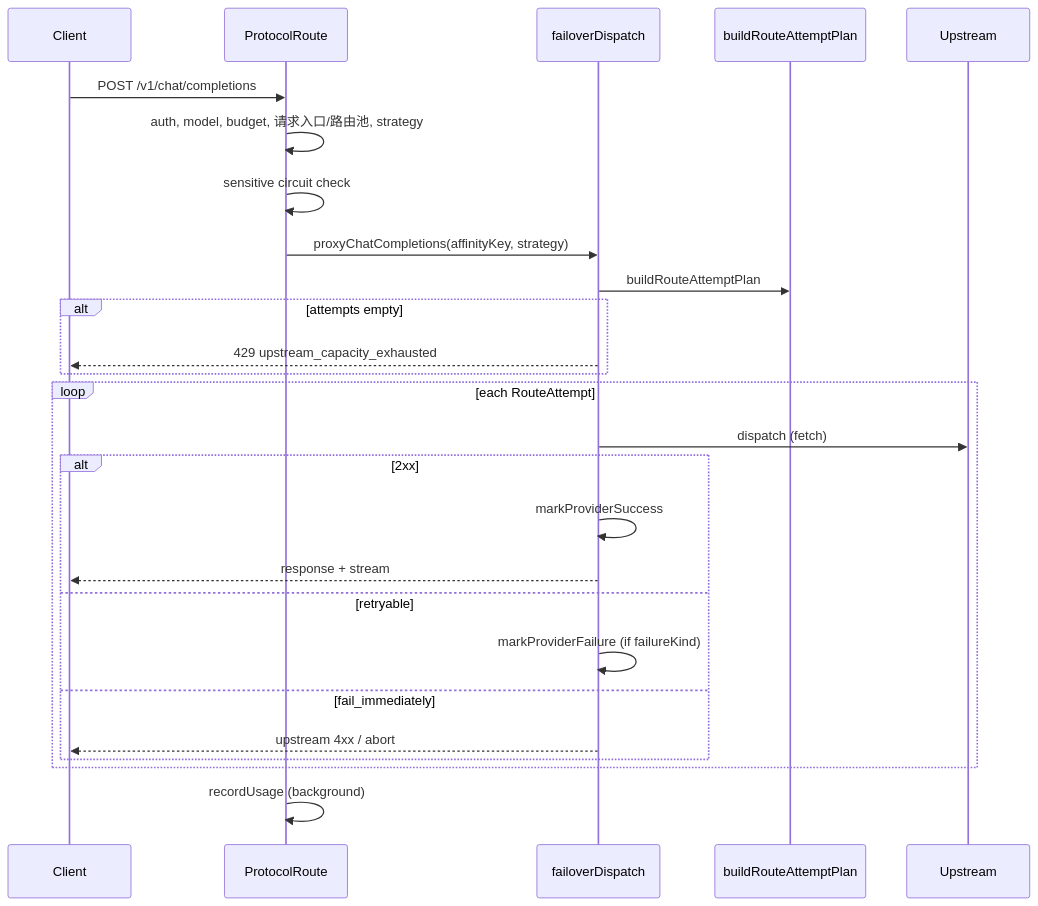
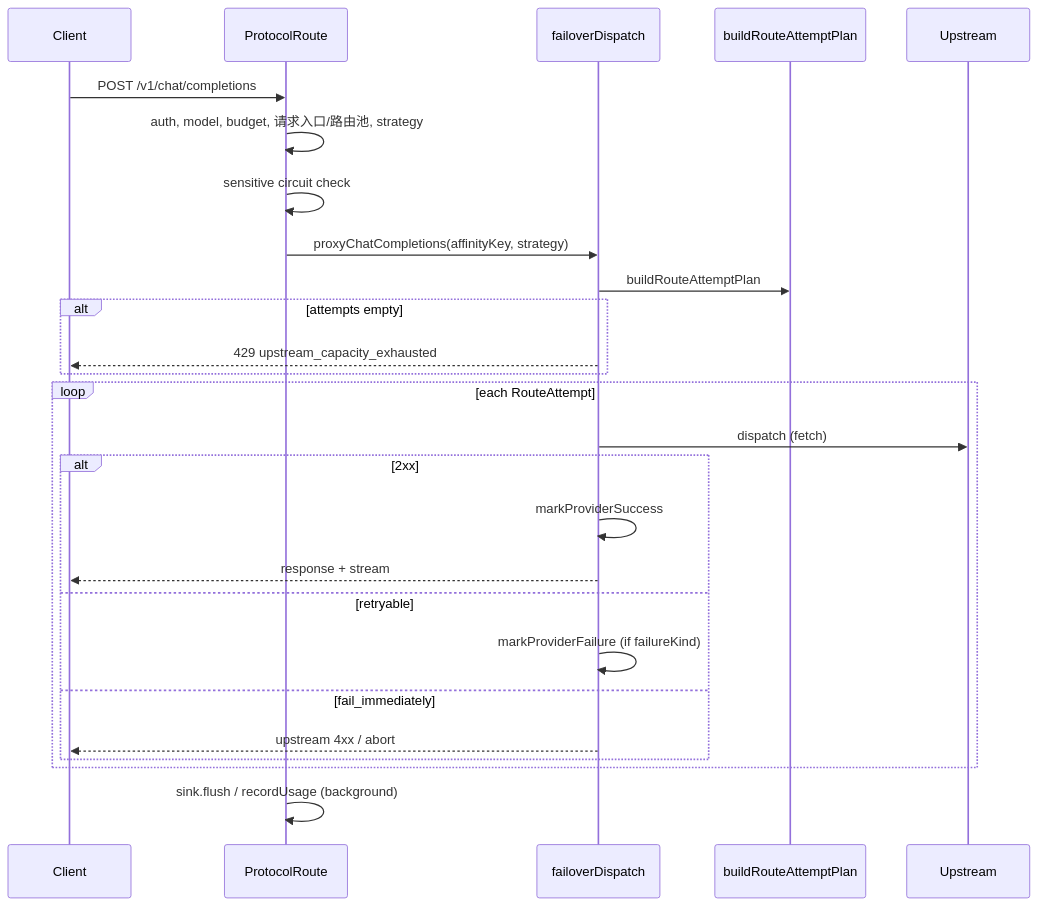
Before and after one commit to OctaFuse/octafuse-gateway: the second of 2 diagrams in docs/developers/architecture/proxy-request-lifecycle.md, drawn with Mermaid. The commit also changed other lines of this file and 16 other files, not shown here.

````diff
--- a/docs/developers/architecture/proxy-request-lifecycle.md
+++ b/docs/developers/architecture/proxy-request-lifecycle.md
@@ -156,29 +158,29 @@
 ```mermaid
 sequenceDiagram
   participant C as Client
   participant R as ProtocolRoute
   participant F as failoverDispatch
   participant S as buildRouteAttemptPlan
   participant U as Upstream
 
   C->>R: POST /v1/chat/completions
   R->>R: auth, model, budget, 请求入口/路由池, strategy
   R->>R: sensitive circuit check
   R->>F: proxyChatCompletions(affinityKey, strategy)
   F->>S: buildRouteAttemptPlan
   alt attempts empty
     F-->>C: 429 upstream_capacity_exhausted
   end
   loop each RouteAttempt
     F->>U: dispatch (fetch)
     alt 2xx
       F->>F: markProviderSuccess
       F-->>C: response + stream
     else retryable
       F->>F: markProviderFailure (if failureKind)
     else fail_immediately
       F-->>C: upstream 4xx / abort
     end
   end
-  R->>R: recordUsage (background)
+  R->>R: sink.flush / recordUsage (background)
 ```
````
